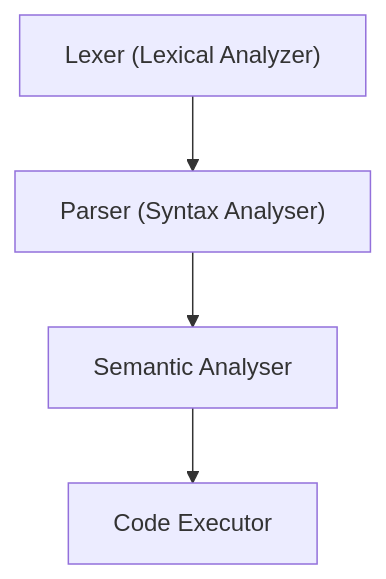
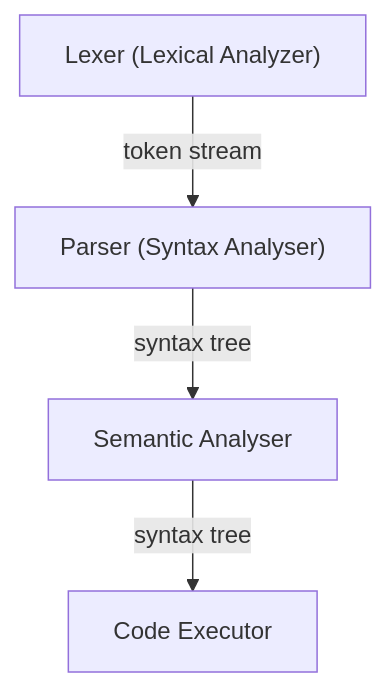
Before and after one commit to facelzz/ingopreter: the diagram in docs/02-implementation.md, drawn with Mermaid.

Commit message:
feat: describe data flow

````diff
--- a/docs/02-implementation.md
+++ b/docs/02-implementation.md
@@ -3,9 +3,9 @@
 ```mermaid
 flowchart TD
     lexer["Lexer (Lexical Analyzer)"]
     parser["Parser (Syntax Analyser)"]
     semanter["Semantic Analyser"]
     executor["Code Executor"]
     
-    lexer-->parser-->semanter-->executor
+    lexer-->|token stream|parser-->|syntax tree|semanter-->|syntax tree|executor
 ```
````
